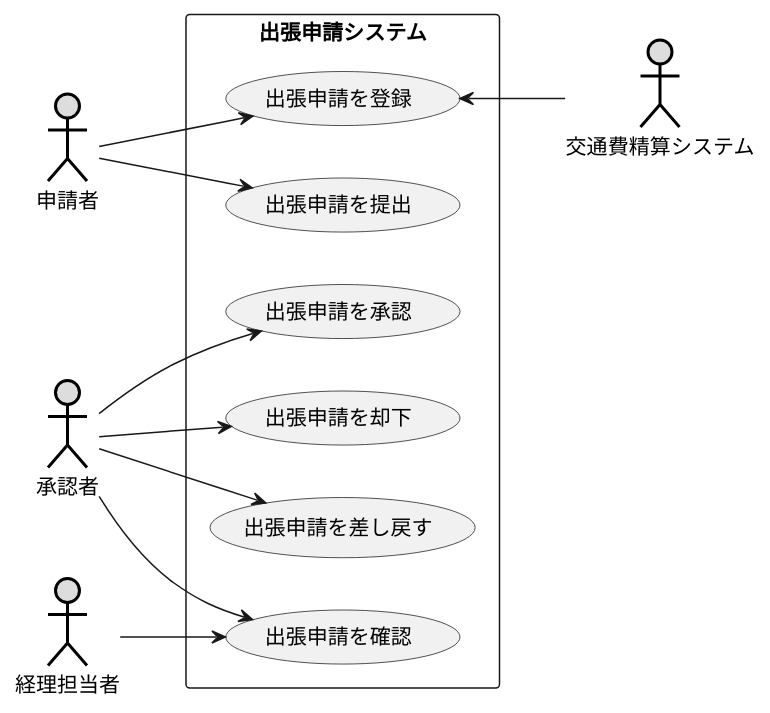
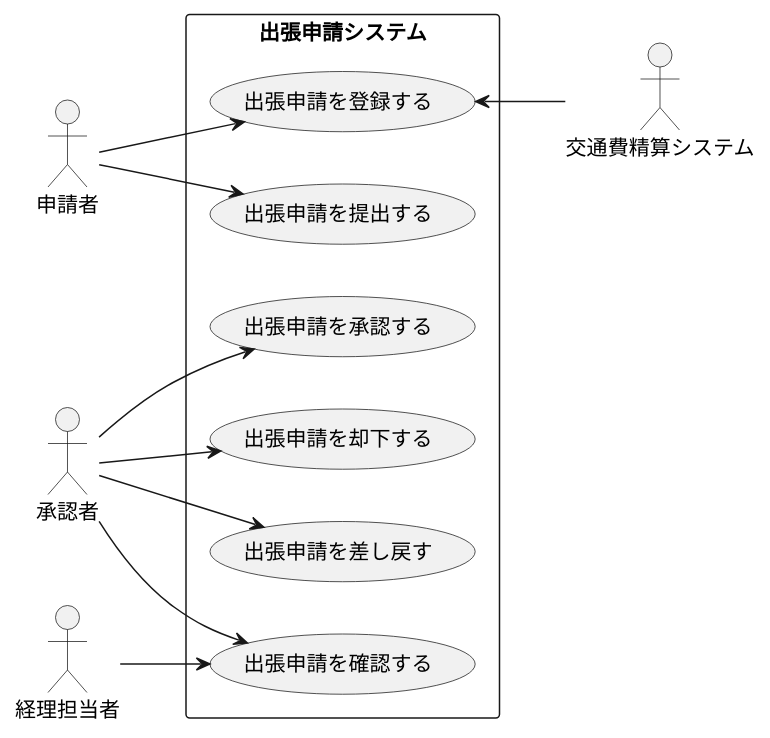
One commit to Tomok1w/uml-introduction changed the diagram in 演習2-1_UM_出張管理システム.pu. Above: the diagram before and after it, drawn with PlantUML.

```diff
--- a/演習2-1_UM_出張管理システム.pu
+++ b/演習2-1_UM_出張管理システム.pu
@@ -1,23 +1,23 @@
-@startuml 出張申請
+@startuml 課題２－１
 left to right direction
-actor 申請者#DDDDDD;line:black;line.bold;
-actor 交通費精算システム#DDDDDD;line:black;line.bold;
-actor 承認者#DDDDDD;line:black;line.bold;
-actor 経理担当者#DDDDDD;line:black;line.bold;
-rectangle 出張申請システム {
-    usecase 出張申請を登録
-    usecase 出張申請を提出
-    usecase 出張申請を承認
-    usecase 出張申請を却下
-    usecase 出張申請を差し戻す
-    usecase 出張申請を確認
+actor 申請者 as sinsei
+actor 承認者 as syounin
+actor 経理担当者 as keiri
+actor 交通費精算システム as sys
+rectangle 出張申請システム{
+usecase 出張申請を登録する as UC1
+usecase 出張申請を提出する as UC2
+usecase 出張申請を承認する as UC3
+usecase 出張申請を却下する as UC4
+usecase 出張申請を差し戻す as UC5
+usecase 出張申請を確認する as UC6
 }
-申請者--> 出張申請を登録
-出張申請を登録 <--交通費精算システム
-申請者--> 出張申請を提出
-承認者--> 出張申請を承認
-承認者--> 出張申請を却下
-承認者--> 出張申請を差し戻す
-承認者--> 出張申請を確認
-経理担当者--> 出張申請を確認
+sinsei --> UC1
+sinsei --> UC2
+syounin --> UC3
+syounin -->UC4
+syounin --> UC5
+syounin --> UC6
+keiri --> UC6
+UC1 <-- sys
 @enduml
```
